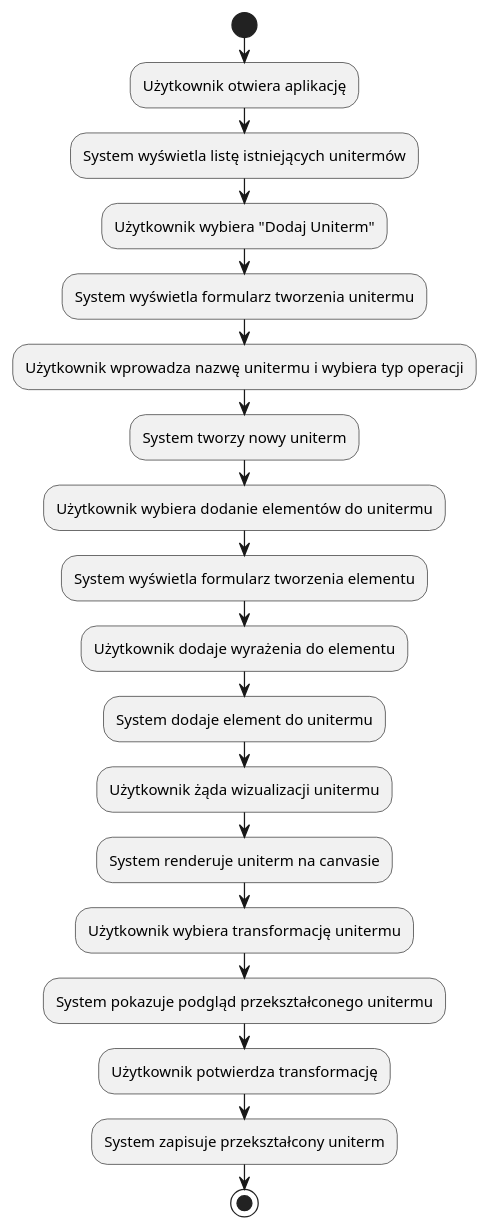
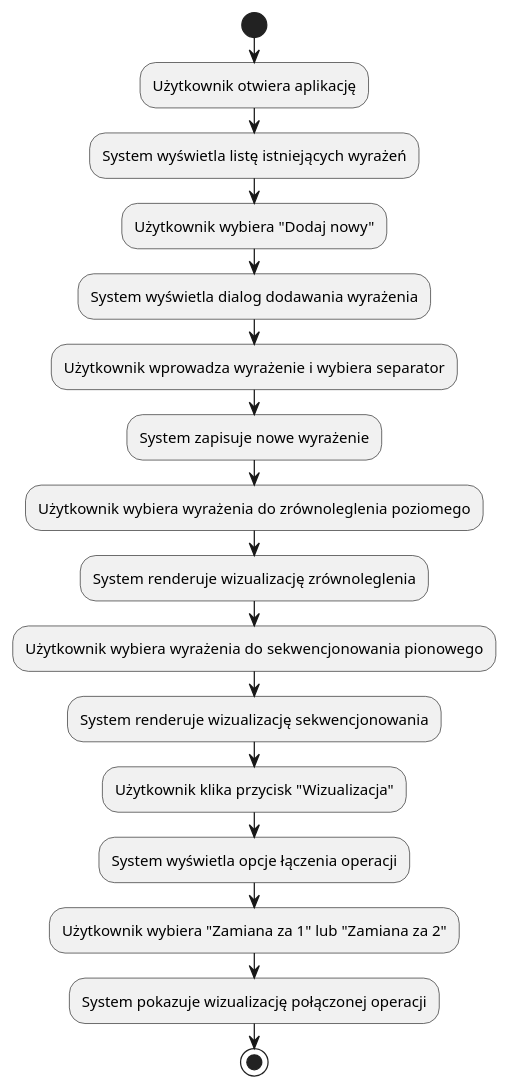
One commit to miluski/Uniterm changed the diagram in documentation/diagrams/activity/diagram.wsd. Above: the diagram before and after it, drawn with PlantUML. The commit also changed 13 other files, not shown here.

```diff
--- a/documentation/diagrams/activity/diagram.wsd
+++ b/documentation/diagrams/activity/diagram.wsd
@@ -1,20 +1,18 @@
 @startuml
 start
 :Użytkownik otwiera aplikację;
-:System wyświetla listę istniejących unitermów;
-:Użytkownik wybiera "Dodaj Uniterm";
-:System wyświetla formularz tworzenia unitermu;
-:Użytkownik wprowadza nazwę unitermu i wybiera typ operacji;
-:System tworzy nowy uniterm;
-:Użytkownik wybiera dodanie elementów do unitermu;
-:System wyświetla formularz tworzenia elementu;
-:Użytkownik dodaje wyrażenia do elementu;
-:System dodaje element do unitermu;
-:Użytkownik żąda wizualizacji unitermu;
-:System renderuje uniterm na canvasie;
-:Użytkownik wybiera transformację unitermu;
-:System pokazuje podgląd przekształconego unitermu;
-:Użytkownik potwierdza transformację;
-:System zapisuje przekształcony uniterm;
+:System wyświetla listę istniejących wyrażeń;
+:Użytkownik wybiera "Dodaj nowy";
+:System wyświetla dialog dodawania wyrażenia;
+:Użytkownik wprowadza wyrażenie i wybiera separator;
+:System zapisuje nowe wyrażenie;
+:Użytkownik wybiera wyrażenia do zrównoleglenia poziomego;
+:System renderuje wizualizację zrównoleglenia;
+:Użytkownik wybiera wyrażenia do sekwencjonowania pionowego;
+:System renderuje wizualizację sekwencjonowania;
+:Użytkownik klika przycisk "Wizualizacja";
+:System wyświetla opcje łączenia operacji;
+:Użytkownik wybiera "Zamiana za 1" lub "Zamiana za 2";
+:System pokazuje wizualizację połączonej operacji;
 stop
 @enduml
```
